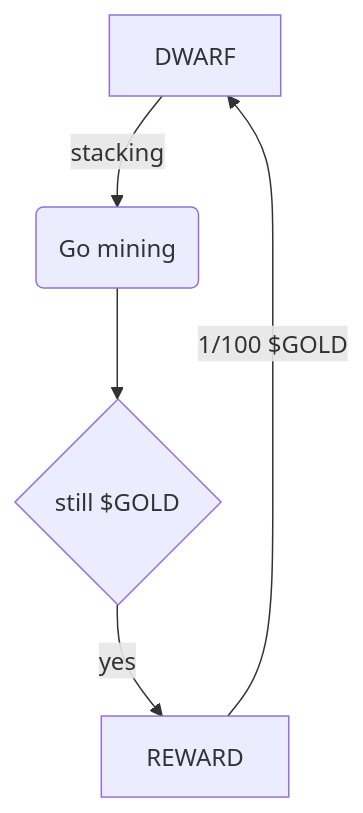
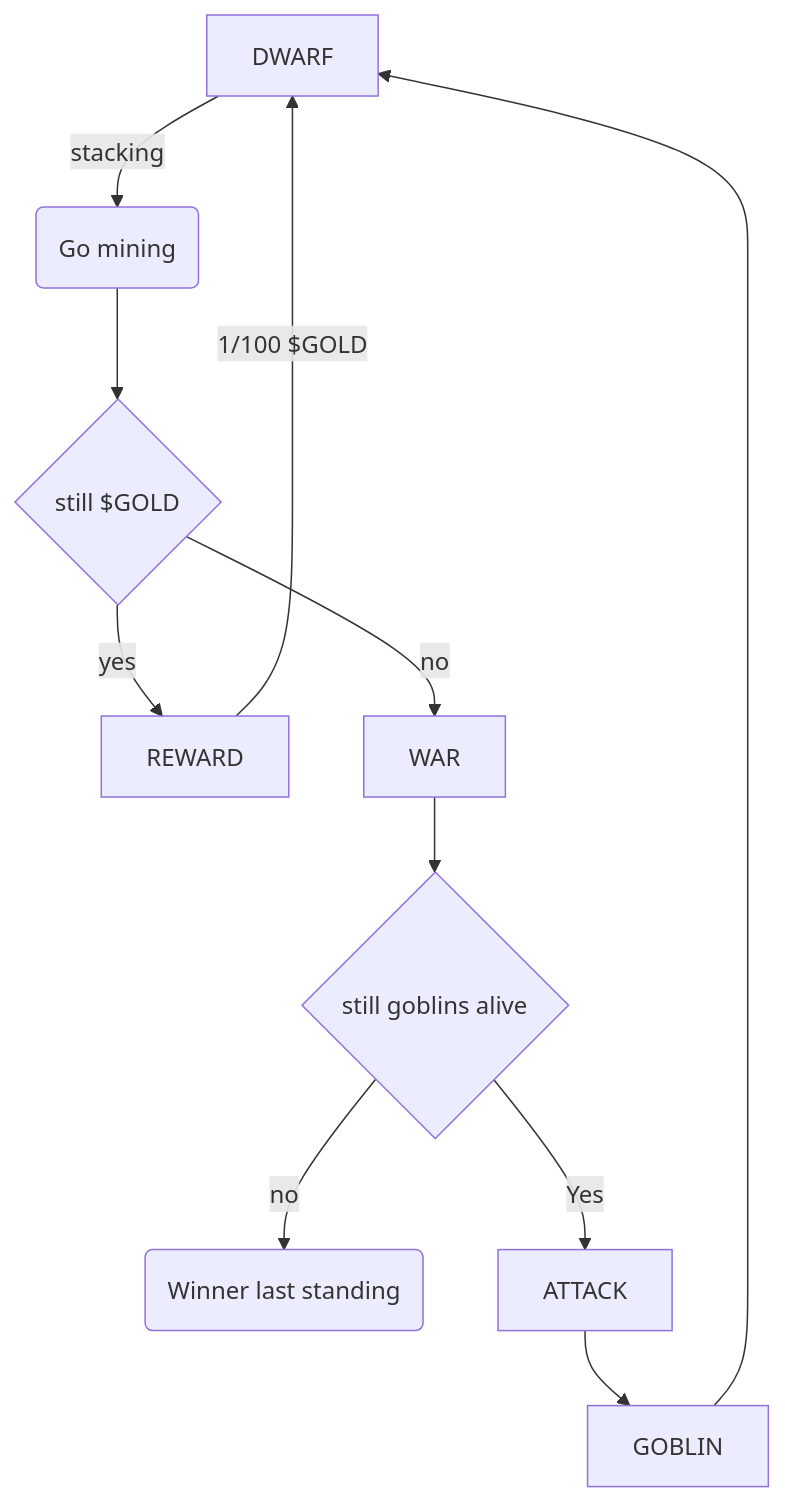
Before and after one commit to gbalbuena/dwarfes-and-goblins: the diagram in docs/whitepaper-v1.md, drawn with Mermaid.

Commit message:
docs(whitepaper): update state diagram

````diff
--- a/docs/whitepaper-v1.md
+++ b/docs/whitepaper-v1.md
@@ -40,7 +40,15 @@
 ```mermaid
 graph TD
     DWARF --> |stacking| MINING(Go mining)
     MINING --> MINE{still $GOLD}
     MINE --> |yes| REWARD
     REWARD --> |1/100 $GOLD| DWARF
+
+    MINE --> |no| WAR
+    WAR --> STILLWAR{still goblins alive}
+    STILLWAR -->|no| WINNER(Winner last standing)
+    STILLWAR -->|Yes| ATTACK
+    ATTACK --> GOBLIN
+    GOBLIN --> DWARF
+
 ```
````
